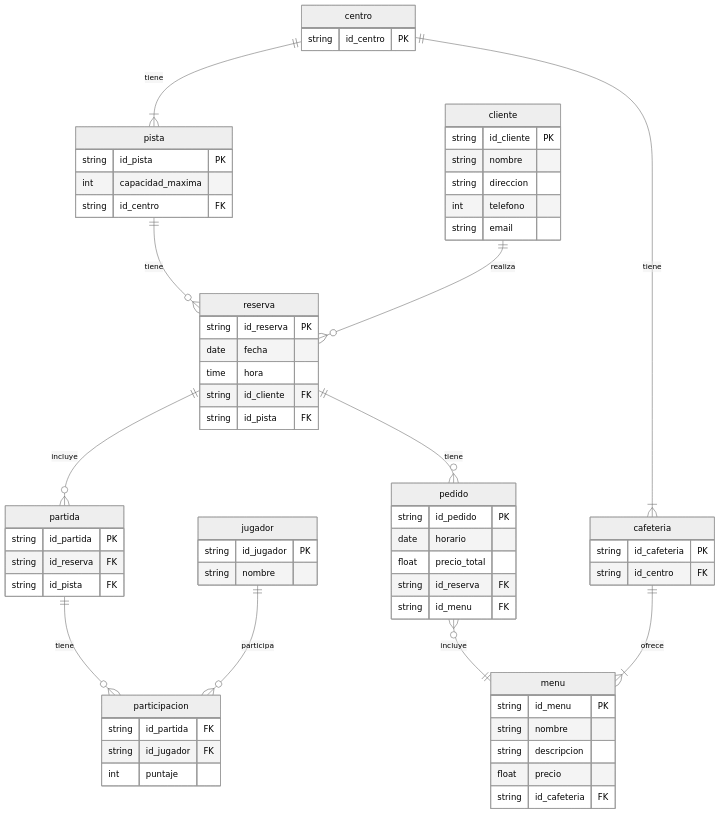
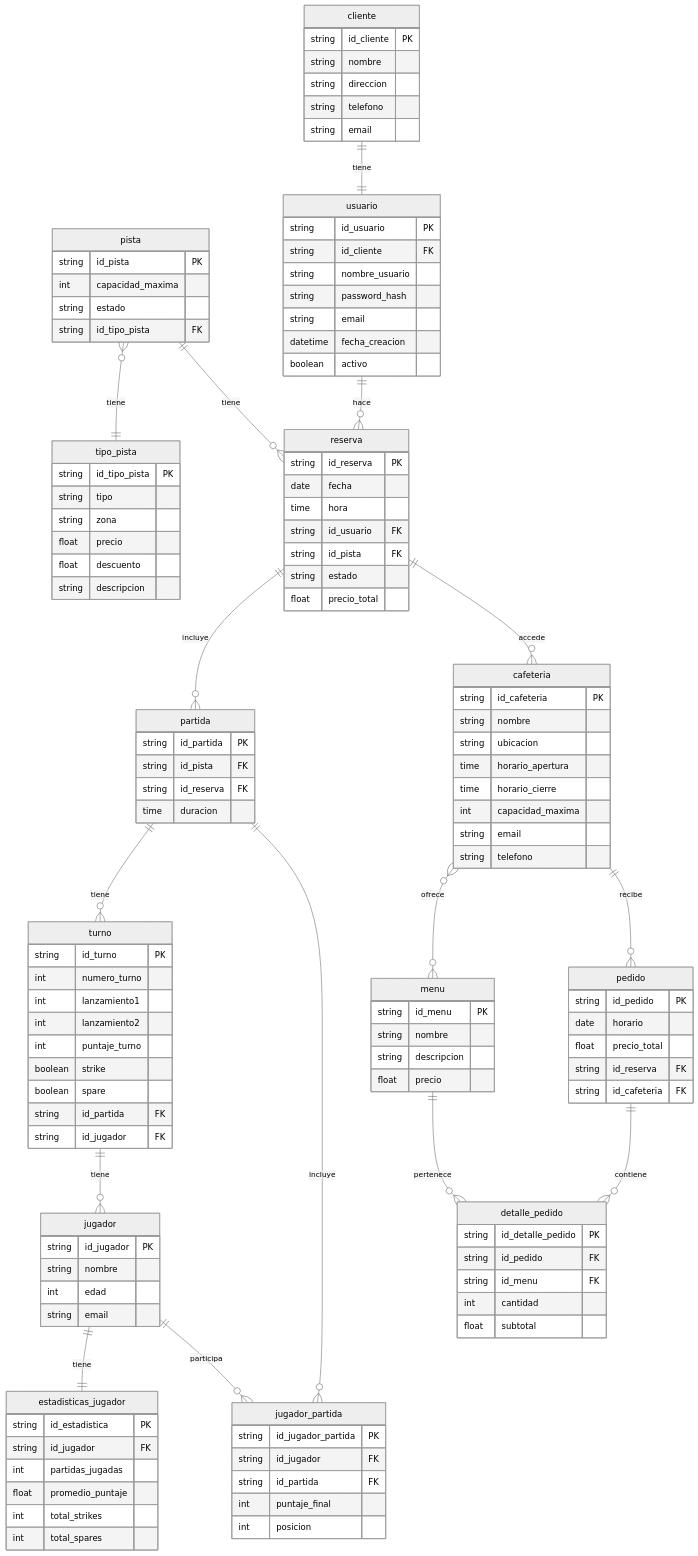
One commit to Villada-PG3/trabajo-practico-integrador-centro-bowling changed the diagram in centro_bowling.mermaid. Above: the diagram before and after it, drawn with Mermaid (neutral theme). The commit also changed 2 other files, not shown here.

Commit message:
modifico el ER

```diff
--- a/centro_bowling.mermaid
+++ b/centro_bowling.mermaid
@@ -1,76 +1,137 @@
 erDiagram
-    centro ||--|{ pista : tiene
+    jugador ||--|| estadisticas_jugador : tiene
+    pista }o--|| tipo_pista : tiene
     pista ||--o{ reserva : tiene
+    usuario ||--o{ reserva : hace
     reserva ||--o{ partida : incluye
-    partida ||--o{ participacion : tiene
-    jugador ||--o{ participacion : participa
-    reserva ||--o{ pedido : tiene
-    pedido }o--|| menu : incluye
-    centro ||--|{ cafeteria : tiene
-    cafeteria ||--|{ menu : ofrece
-    cliente ||--o{ reserva : realiza
+    partida ||--o{ turno : tiene
+    turno ||--o{ jugador : tiene
+    reserva ||--o{ cafeteria : accede
+    cafeteria }o--o{ menu : ofrece
+    cafeteria ||--o{ pedido : recibe
+    jugador ||--o{ jugador_partida : participa
+    partida ||--o{ jugador_partida : incluye
+    pedido ||--o{ detalle_pedido : contiene
+    menu ||--o{ detalle_pedido : pertenece
+    cliente ||--|| usuario : tiene
 
+    estadisticas_jugador {
+        string id_estadistica PK
+        string id_jugador FK
+        int partidas_jugadas
+        float promedio_puntaje
+        int total_strikes
+        int total_spares
+    }
 
-    centro {
-        string id_centro PK
+    usuario {
+        string id_usuario PK
+        string id_cliente FK
+        string nombre_usuario
+        string password_hash
+        string email
+        datetime fecha_creacion
+        boolean activo
     }
 
     pista {
         string id_pista PK
         int capacidad_maxima
-        string id_centro FK
+        string estado
+        string id_tipo_pista FK
+    }
+
+    tipo_pista {
+        string id_tipo_pista PK
+        string tipo
+        string zona
+        float precio
+        float descuento
+        string descripcion
+    }
+
+    cafeteria {
+        string id_cafeteria PK
+        string nombre
+        string ubicacion
+        time horario_apertura
+        time horario_cierre
+        int capacidad_maxima
+        string email
+        string telefono
+    }
+
+    menu {
+        string id_menu PK
+        string nombre
+        string descripcion
+        float precio
+    }
+
+    pedido {
+        string id_pedido PK
+        date horario
+        float precio_total
+        string id_reserva FK
+        string id_cafeteria FK
+    }
+
+    detalle_pedido {
+        string id_detalle_pedido PK
+        string id_pedido FK
+        string id_menu FK
+        int cantidad
+        float subtotal
     }
 
     cliente {
         string id_cliente PK
         string nombre
         string direccion
-        int telefono
+        string telefono
         string email
     }
 
     reserva {
         string id_reserva PK
         date fecha
         time hora
-        string id_cliente FK
+        string id_usuario FK
         string id_pista FK
+        string estado
+        float precio_total
     }
 
     partida {
         string id_partida PK
+        string id_pista FK
         string id_reserva FK
-        string id_pista FK
+        time duracion
     }
 
     jugador {
         string id_jugador PK
         string nombre
+        int edad
+        string email
     }
 
-    participacion {
+    jugador_partida {
+        string id_jugador_partida PK
+        string id_jugador FK
+        string id_partida FK
+        int puntaje_final
+        int posicion
+    }
+
+    turno {
+        string id_turno PK
+        int numero_turno
+        int lanzamiento1
+        int lanzamiento2
+        int puntaje_turno
+        boolean strike
+        boolean spare
         string id_partida FK
         string id_jugador FK
-        int puntaje
     }
-
-    cafeteria {
-        string id_cafeteria PK
-        string id_centro FK
-    }
-
-    menu {
-        string id_menu PK
-        string nombre
-        string descripcion
-        float precio
-        string id_cafeteria FK
-    }
-
-    pedido {
-        string id_pedido PK
-        date horario
-        float precio_total
-        string id_reserva FK
-        string id_menu FK
-    }
```
